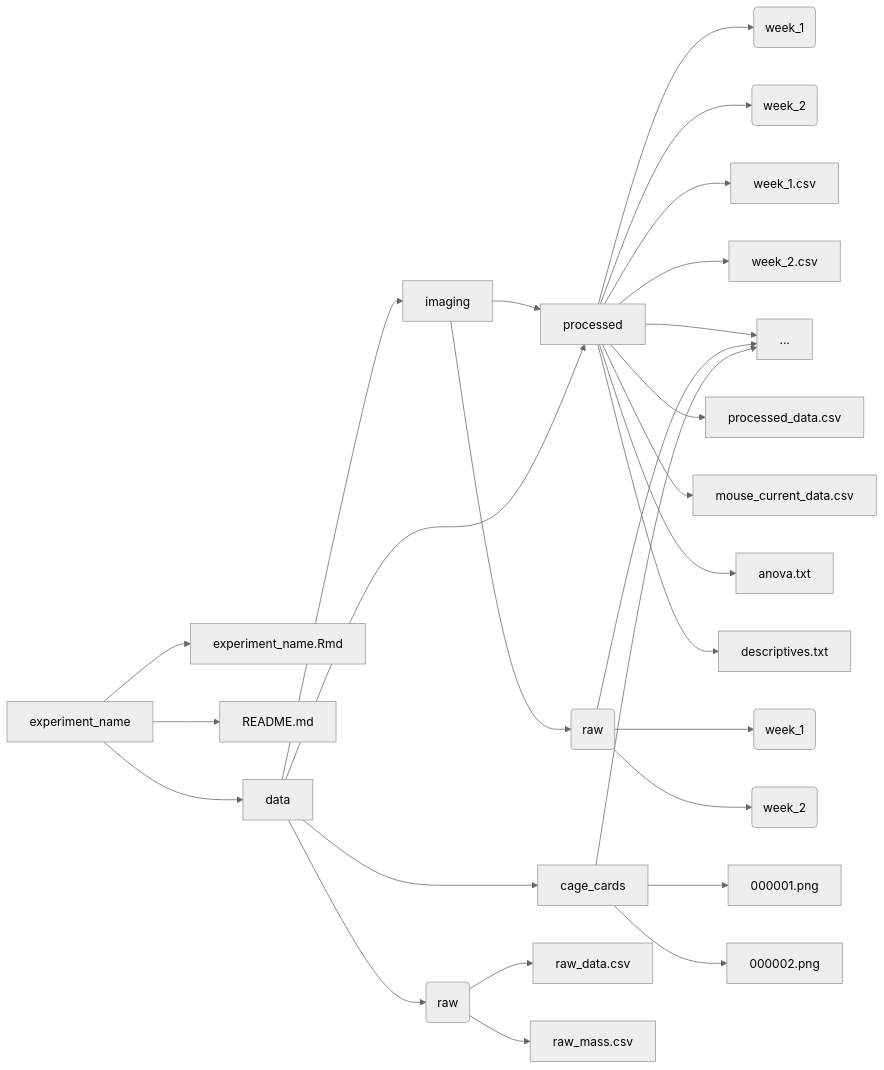
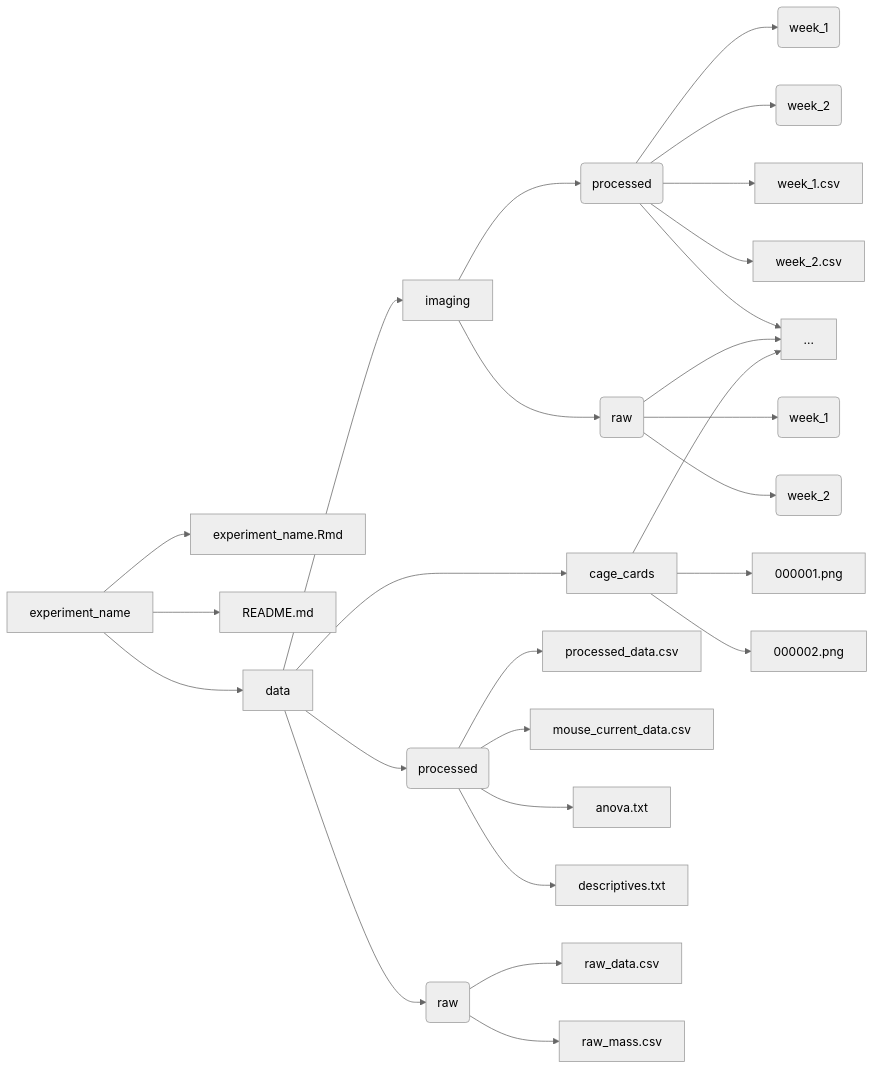
One commit to mmccoy-01/bioluminescent_imaging_experimental_template changed the diagram in README.md. Above: the diagram before and after it, drawn with Mermaid (neutral theme).

````diff
--- a/README.md
+++ b/README.md
@@ -40,40 +40,40 @@
 ```mermaid
 graph LR
 experiment_name --> experiment_name.Rmd
 experiment_name --> README.md
 experiment_name --> data
 
 data --> imaging
 
-imaging --> processed
+imaging --> G(processed)
 
-processed --> A(week_1)
-processed --> B(week_2)
-processed --> week_1.csv
-processed --> week_2.csv
-processed --> ...
+G(processed) --> A(week_1)
+G(processed) --> B(week_2)
+G(processed) --> week_1.csv
+G(processed) --> week_2.csv
+G(processed) --> ...
 
 imaging --> E(raw)
 
 E(raw) --> C(week_1)
 E(raw) --> D(week_2)
 E(raw) --> ...
 
 data --> cage_cards
 
 cage_cards --> 000001.png
 cage_cards --> 000002.png
 cage_cards --> ...
 
-data --> processed
+data --> H(processed)
 
-processed --> processed_data.csv
-processed --> mouse_current_data.csv
-processed --> anova.txt
-processed --> descriptives.txt
+H(processed) --> processed_data.csv
+H(processed) --> mouse_current_data.csv
+H(processed) --> anova.txt
+H(processed) --> descriptives.txt
 
 data --> F(raw)
 
 F(raw) --> raw_data.csv
 F(raw) --> raw_mass.csv
 ```
````
